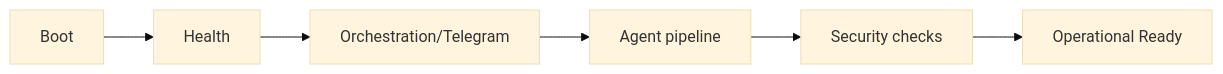
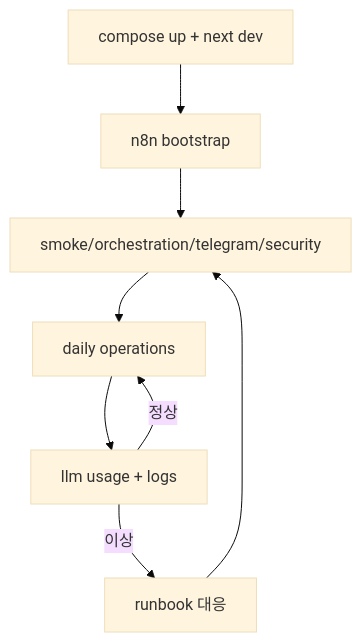
The diagram in docs/OPERATIONS_PLAYBOOK.md (Merchantlee99/Personal-AI-agent-v2), drawn with Mermaid (base theme) before and after one commit. The commit also changed other lines of this file and 9 other files, not shown here.

````diff
--- a/docs/OPERATIONS_PLAYBOOK.md
+++ b/docs/OPERATIONS_PLAYBOOK.md
@@ -120,8 +143,10 @@
 ```mermaid
-flowchart LR
-  BOOT["Boot"] --> HEALTH["Health"]
-  HEALTH --> FLOW["Orchestration/Telegram"]
-  FLOW --> AGENT["Agent pipeline"]
-  AGENT --> SEC["Security checks"]
-  SEC --> READY["Operational Ready"]
+flowchart TD
+  BOOT["compose up + next dev"] --> N8N["n8n bootstrap"]
+  N8N --> VERIFY["smoke/orchestration/telegram/security"]
+  VERIFY --> RUN["daily operations"]
+  RUN --> CHECK["llm usage + logs"]
+  CHECK -->|"이상"| INCIDENT["runbook 대응"]
+  INCIDENT --> VERIFY
+  CHECK -->|"정상"| RUN
 ```
````
